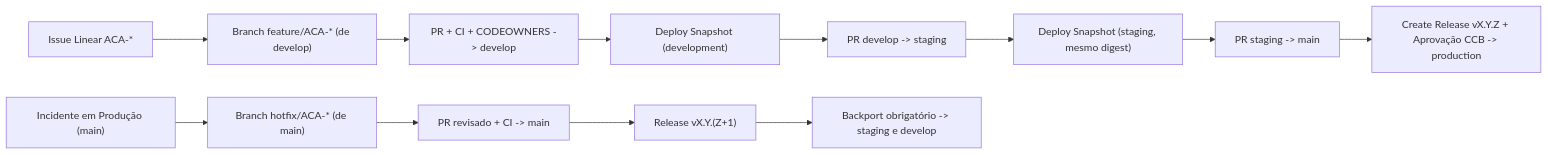
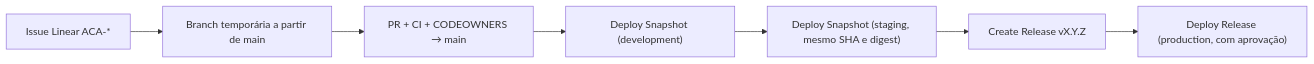
The diagram in docs/gerencia-de-configuracao.md (DevCaverna/acadflow-api), drawn with Mermaid before and after one commit. The commit also changed other lines of this file and 15 other files, not shown here.

````diff
--- a/docs/gerencia-de-configuracao.md
+++ b/docs/gerencia-de-configuracao.md
@@ -60,15 +60,9 @@
 ```mermaid
 flowchart LR
-    Issue["Issue Linear ACA-*"] --> Feat["Branch feature/ACA-* (de develop)"]
-    Feat --> PRDev["PR + CI + CODEOWNERS -> develop"]
-    PRDev --> SnapDev["Deploy Snapshot (development)"]
-    SnapDev --> PRStg["PR develop -> staging"]
-    PRStg --> SnapStg["Deploy Snapshot (staging, mesmo digest)"]
-    SnapStg --> PRMain["PR staging -> main"]
-    PRMain --> Rel["Create Release vX.Y.Z + Aprovação CCB -> production"]
-
-    Prod["Incidente em Produção (main)"] --> Hotfix["Branch hotfix/ACA-* (de main)"]
-    Hotfix --> PRHot["PR revisado + CI -> main"]
-    PRHot --> RelPatch["Release vX.Y.(Z+1)"]
-    RelPatch --> Backport["Backport obrigatório -> staging e develop"]
+    Issue["Issue Linear ACA-*"] --> Feat["Branch temporária a partir de main"]
+    Feat --> PRMain["PR + CI + CODEOWNERS → main"]
+    PRMain --> SnapDev["Deploy Snapshot (development)"]
+    SnapDev --> SnapStg["Deploy Snapshot (staging, mesmo SHA e digest)"]
+    SnapStg --> Rel["Create Release vX.Y.Z"]
+    Rel --> Prod["Deploy Release (production, com aprovação)"]
 ```
````
